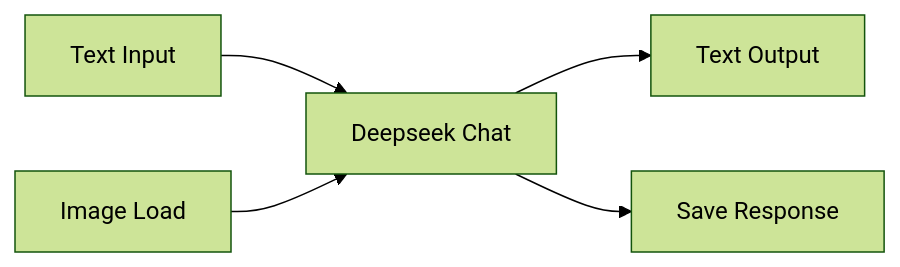
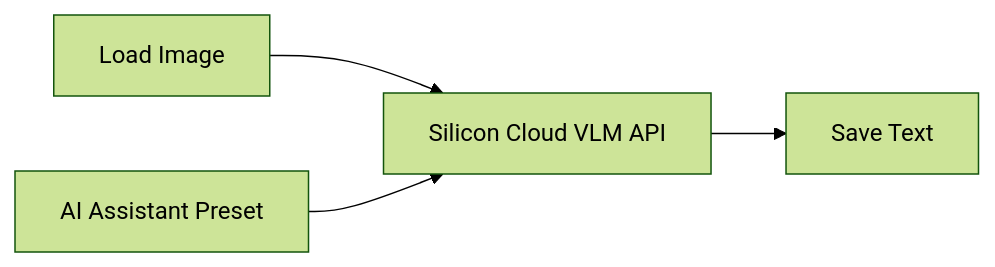
One commit to axunrun/Axun_Nodes changed the second of 6 diagrams in README.md. Above: the diagram before and after it, drawn with Mermaid (forest theme). The commit also changed other lines of this file and 22 other files, not shown here.

````diff
--- a/README.md
+++ b/README.md
@@ -463,7 +435,6 @@
 ```mermaid
 graph LR
-    A[Text Input] --> B[Deepseek Chat]
-    C[Image Load] --> B
-    B --> D[Text Output]
-    B --> E[Save Response]
+    A[Load Image] --> B[Silicon Cloud VLM API]
+    C[AI Assistant Preset] --> B
+    B --> D[Save Text]
 ```
````
